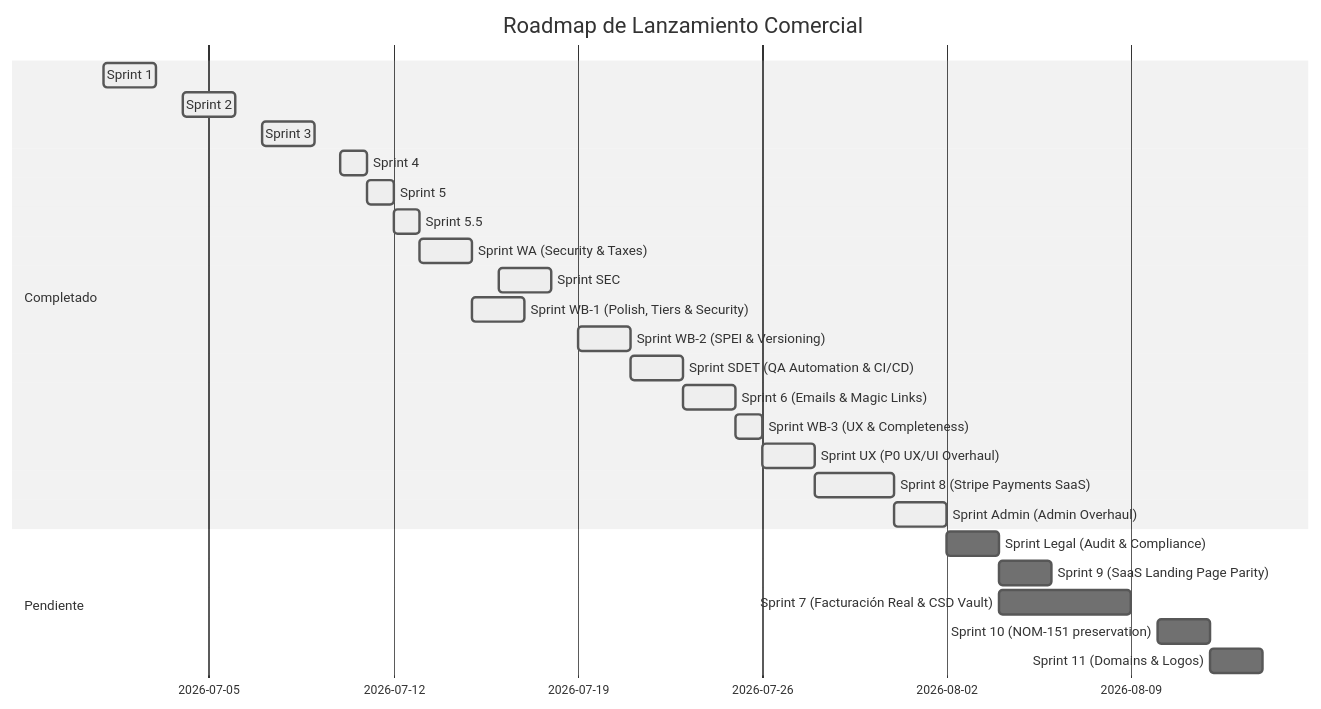
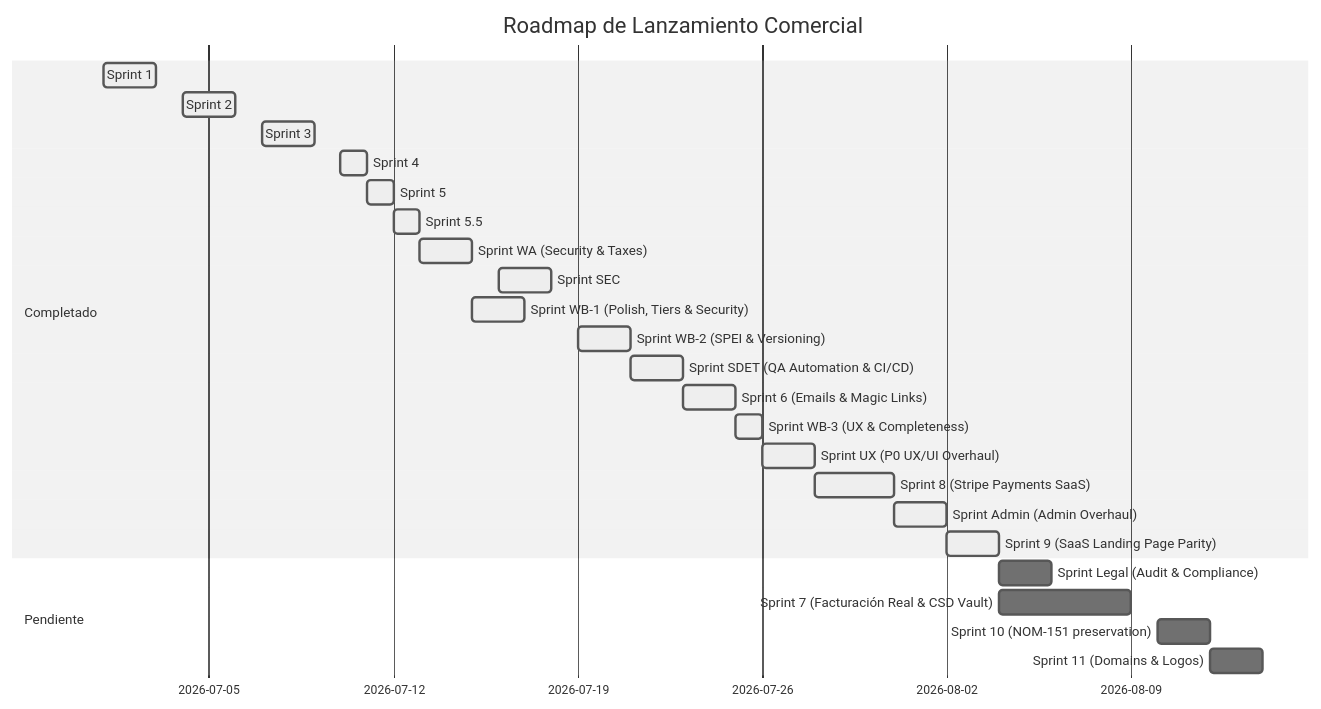
The diagram in design_docs/roadmap.md (jesushzv/contract-tracker), drawn with Mermaid (neutral theme) before and after one commit. The commit also changed other lines of this file and 2 other files, not shown here.

Commit message:
chore: update roadmap status and migrate e2e tests to use Playwright role locators

````diff
--- a/design_docs/roadmap.md
+++ b/design_docs/roadmap.md
@@ -9,28 +9,28 @@
 ```mermaid
 gantt
     title Roadmap de Lanzamiento Comercial
     dateFormat  YYYY-MM-DD
     section Completado
     Sprint 1 :active, 2026-07-01, 2026-07-03
     Sprint 2 :active, 2026-07-04, 2026-07-06
     Sprint 3 :active, 2026-07-07, 2026-07-09
     Sprint 4 :active, 2026-07-10, 2026-07-11
     Sprint 5 :active, 2026-07-11, 2026-07-12
     Sprint 5.5 :active, 2026-07-12, 2026-07-13
     Sprint WA (Security & Taxes) :active, 2026-07-13, 2026-07-15
     Sprint SEC :active, 2026-07-16, 2026-07-18
     Sprint WB-1 (Polish, Tiers & Security) :active, 2026-07-15, 2026-07-17
     Sprint WB-2 (SPEI & Versioning) :active, 2026-07-19, 2026-07-21
     Sprint SDET (QA Automation & CI/CD) :active, 2026-07-21, 2026-07-23
     Sprint 6 (Emails & Magic Links) :active, 2026-07-23, 2026-07-25
     Sprint WB-3 (UX & Completeness) :active, 2026-07-25, 2026-07-26
     Sprint UX (P0 UX/UI Overhaul) :active, 2026-07-26, 2026-07-28
     Sprint 8 (Stripe Payments SaaS) :active, 2026-07-28, 2026-07-31
     Sprint Admin (Admin Overhaul) :active, 2026-07-31, 2026-08-02
+    Sprint 9 (SaaS Landing Page Parity) :active, 2026-08-02, 2026-08-04
     section Pendiente
-    Sprint Legal (Audit & Compliance) :2026-08-02, 2026-08-04
-    Sprint 9 (SaaS Landing Page Parity) :2026-08-04, 2026-08-06
+    Sprint Legal (Audit & Compliance) :2026-08-04, 2026-08-06
     Sprint 7 (Facturación Real & CSD Vault) :2026-08-04, 2026-08-09
     Sprint 10 (NOM-151 preservation) :2026-08-10, 2026-08-12
     Sprint 11 (Domains & Logos) :2026-08-12, 2026-08-14
 ```
````
